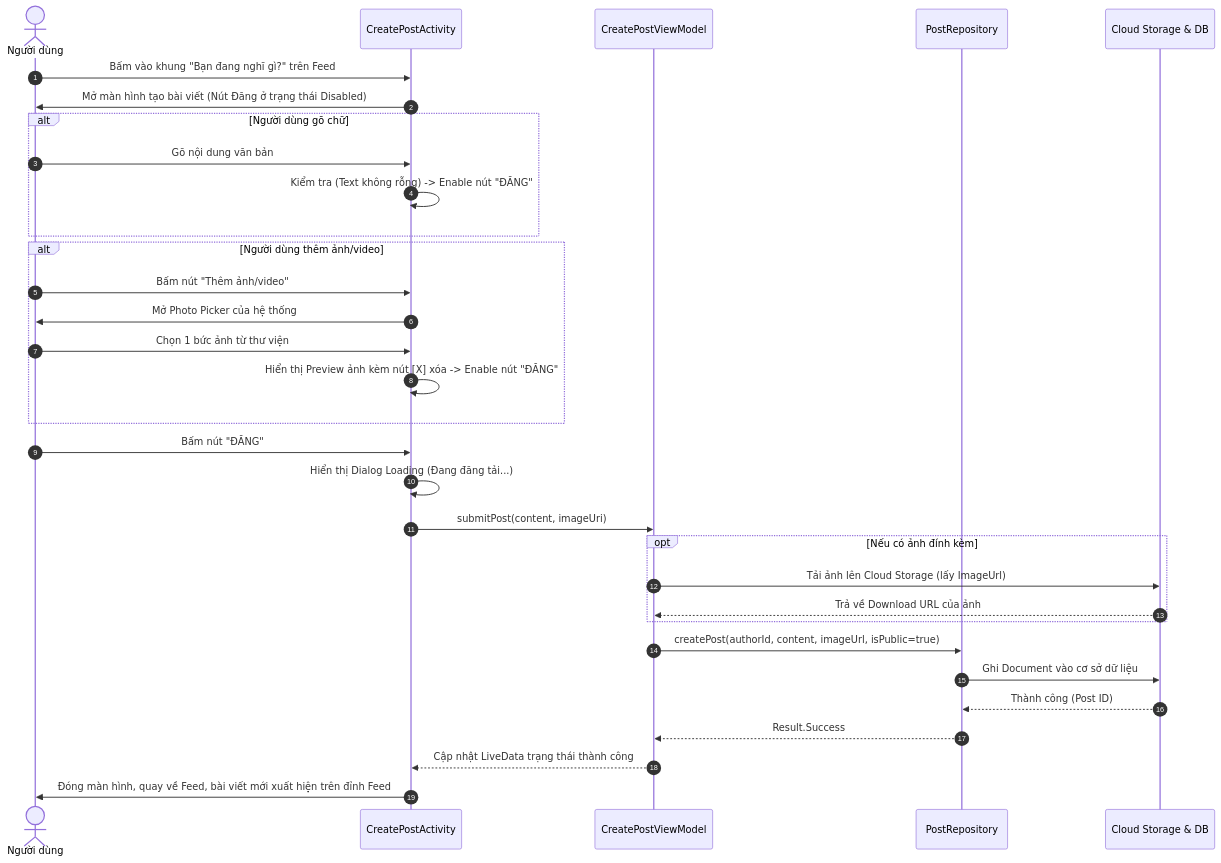
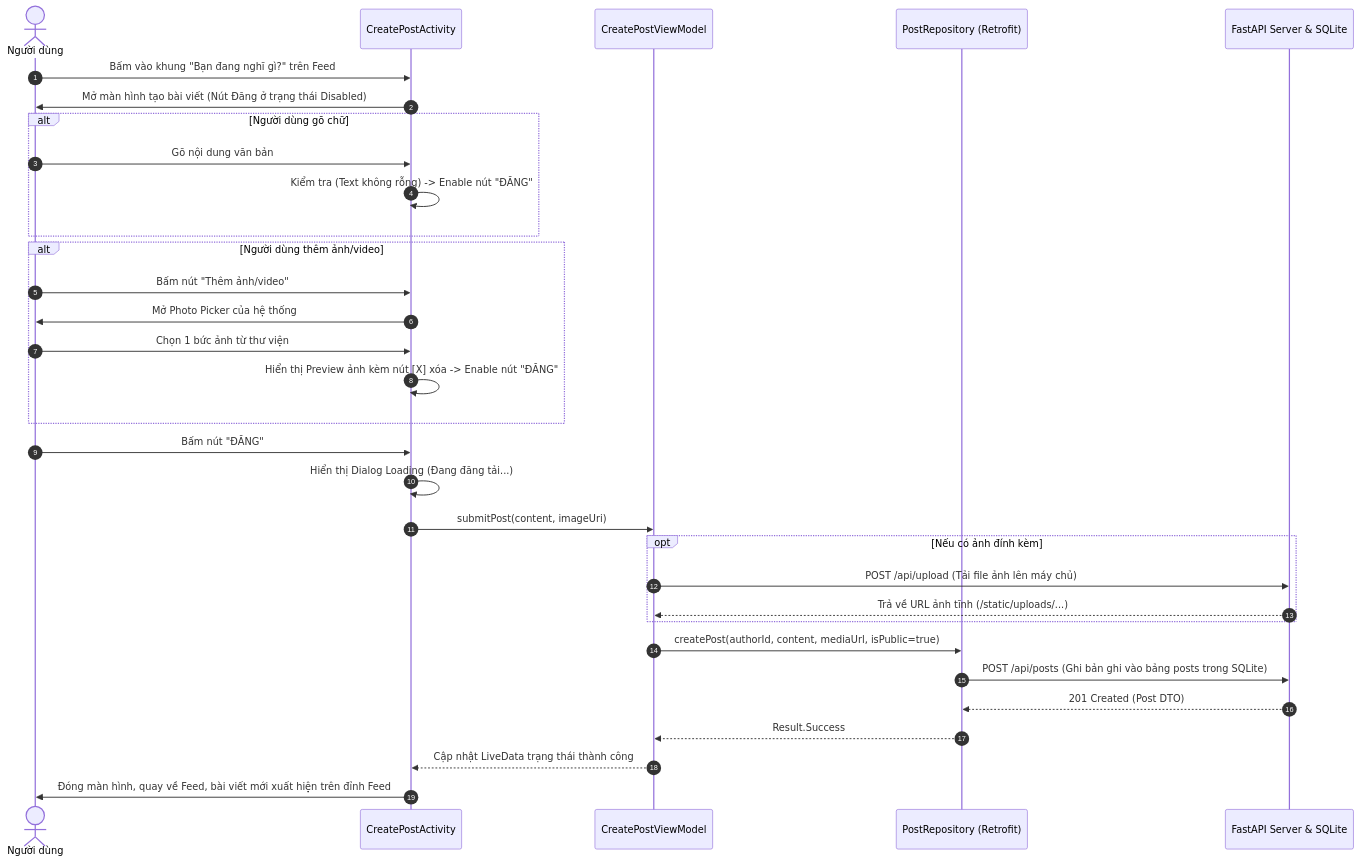
The second of 5 diagrams in docs/04_USER_FLOW.md (b4ck12/Facebook_Client), drawn with Mermaid before and after one commit. The commit also changed other lines of this file and 14 other files, not shown here.

Commit message:
feat(docs): cahnge to pyhon fast api

````diff
--- a/docs/04_USER_FLOW.md
+++ b/docs/04_USER_FLOW.md
@@ -40,40 +40,40 @@
 ```mermaid
 sequenceDiagram
     autonumber
     actor User as Người dùng
     participant UI as CreatePostActivity
     participant VM as CreatePostViewModel
-    participant Repo as PostRepository
-    participant Cloud as Cloud Storage & DB
+    participant Repo as PostRepository (Retrofit)
+    participant Server as FastAPI Server & SQLite
 
     User->>UI: Bấm vào khung "Bạn đang nghĩ gì?" trên Feed
     UI->>User: Mở màn hình tạo bài viết (Nút Đăng ở trạng thái Disabled)
     
     alt Người dùng gõ chữ
         User->>UI: Gõ nội dung văn bản
         UI->>UI: Kiểm tra (Text không rỗng) -> Enable nút "ĐĂNG"
     end
 
     alt Người dùng thêm ảnh/video
         User->>UI: Bấm nút "Thêm ảnh/video"
         UI->>User: Mở Photo Picker của hệ thống
         User->>UI: Chọn 1 bức ảnh từ thư viện
         UI->>UI: Hiển thị Preview ảnh kèm nút [X] xóa -> Enable nút "ĐĂNG"
     end
 
     User->>UI: Bấm nút "ĐĂNG"
     UI->>UI: Hiển thị Dialog Loading (Đang đăng tải...)
     UI->>VM: submitPost(content, imageUri)
     
     opt Nếu có ảnh đính kèm
-        VM->>Cloud: Tải ảnh lên Cloud Storage (lấy ImageUrl)
-        Cloud-->>VM: Trả về Download URL của ảnh
+        VM->>Server: POST /api/upload (Tải file ảnh lên máy chủ)
+        Server-->>VM: Trả về URL ảnh tĩnh (/static/uploads/...)
     end
 
-    VM->>Repo: createPost(authorId, content, imageUrl, isPublic=true)
-    Repo->>Cloud: Ghi Document vào cơ sở dữ liệu
-    Cloud-->>Repo: Thành công (Post ID)
+    VM->>Repo: createPost(authorId, content, mediaUrl, isPublic=true)
+    Repo->>Server: POST /api/posts (Ghi bản ghi vào bảng posts trong SQLite)
+    Server-->>Repo: 201 Created (Post DTO)
     Repo-->>VM: Result.Success
     VM-->>UI: Cập nhật LiveData trạng thái thành công
     UI->>User: Đóng màn hình, quay về Feed, bài viết mới xuất hiện trên đỉnh Feed
 ```
````
